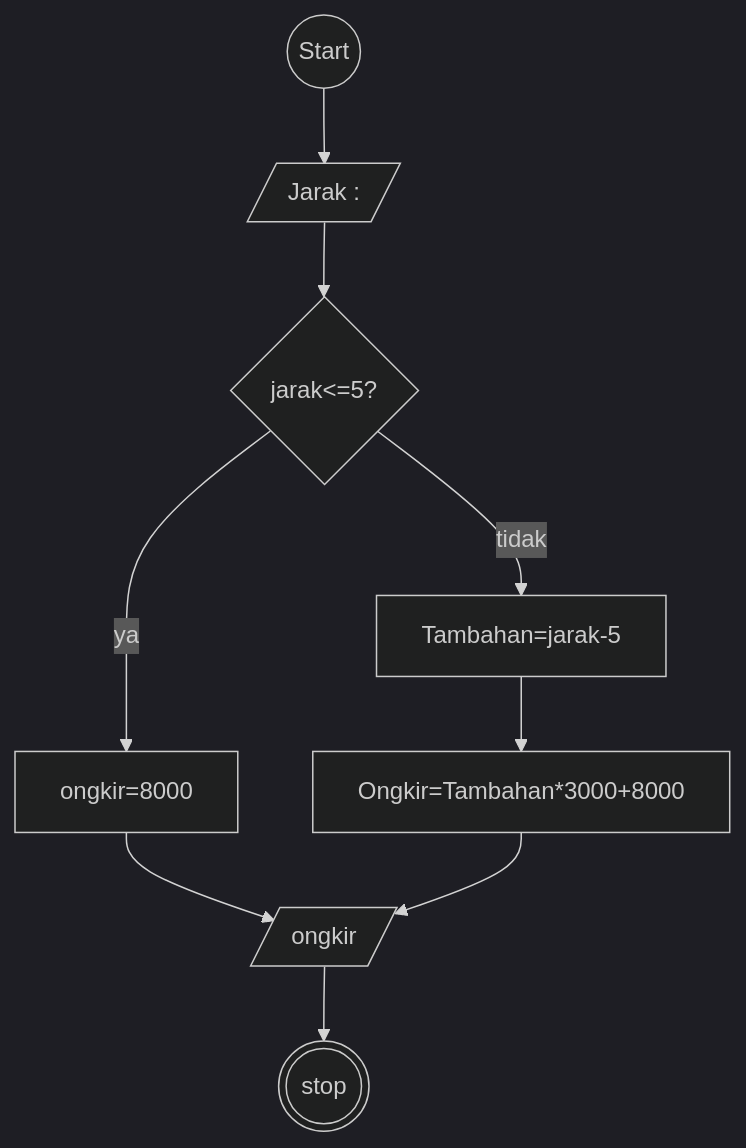
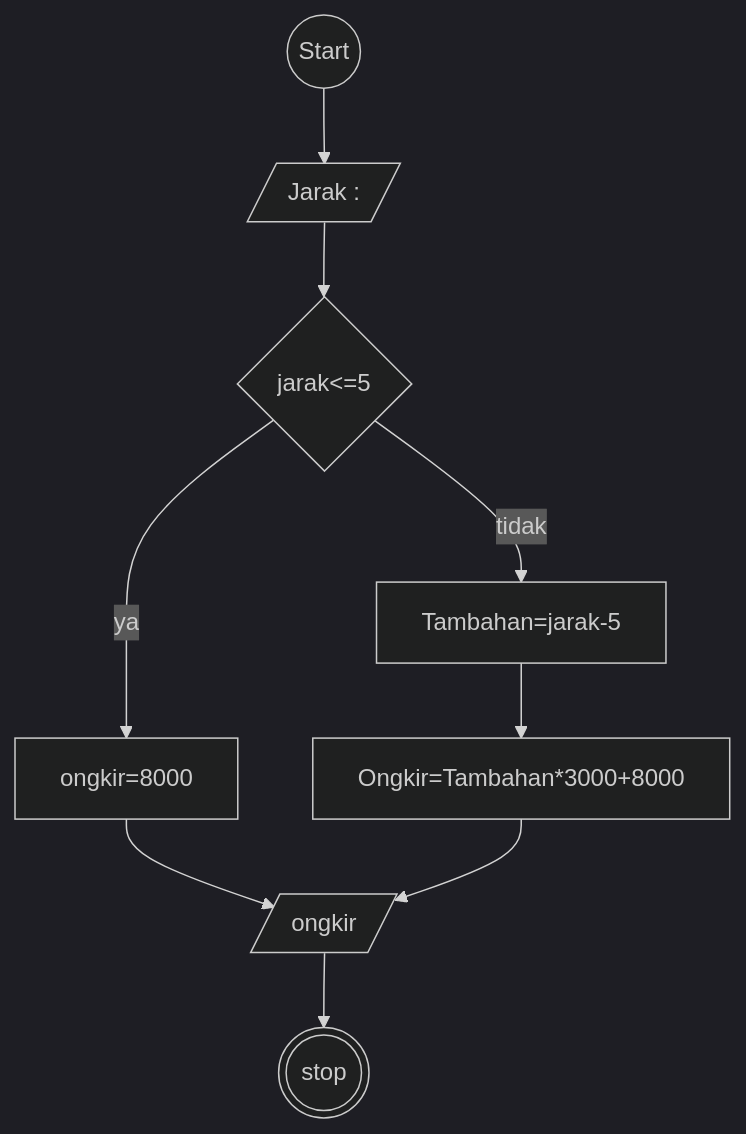
One commit to hilmy07/koda-b4-algoritma changed the diagram in minitask8.md. Above: the diagram before and after it, drawn with Mermaid (dark theme).

````diff
--- a/minitask8.md
+++ b/minitask8.md
@@ -3,13 +3,13 @@
 ```mermaid
 flowchart TD;
 
 strt((Start))-->km[/Jarak : /]
-km-->dcs{jarak<=5?};
+km-->dcs{jarak<=5};
 dcs--tidak-->Tambahan[Tambahan=jarak-5];
 Tambahan-->hsl2[Ongkir=Tambahan*3000+8000];
 dcs--ya-->hsl1[ongkir=8000];
 hsl1-->total[/ongkir/];
 hsl2-->total[/ongkir/];
 total[/ongkir/]-->stp(((stop)));
 
 ```
````
